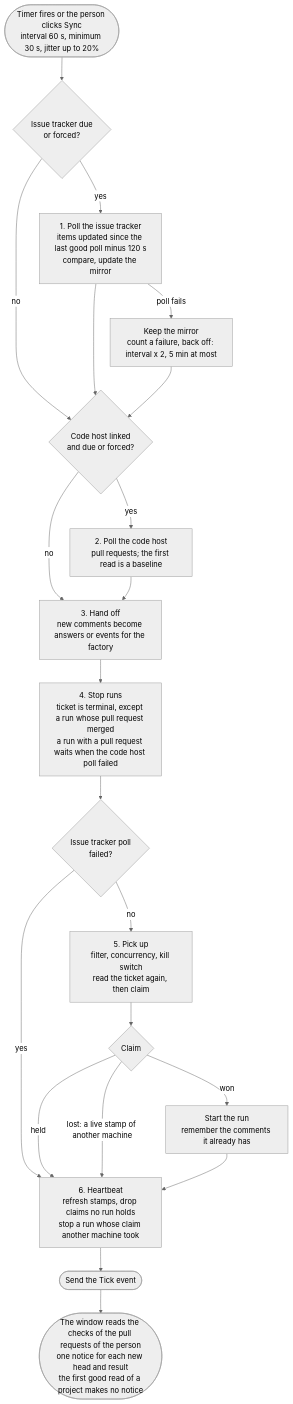
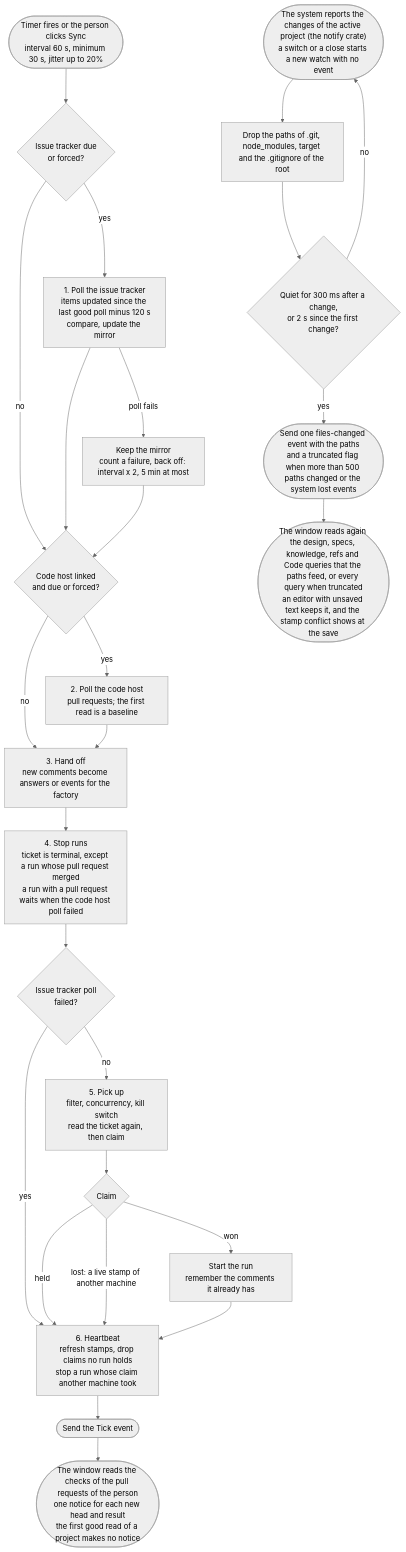
Before and after one commit to me-cedric/Shipyard: the diagram in docs/diagrams/sync-tick.mmd, drawn with Mermaid (neutral theme). The commit also changed 236 other files, not shown here.

```diff
--- a/docs/diagrams/sync-tick.mmd
+++ b/docs/diagrams/sync-tick.mmd
@@ -1,23 +1,31 @@
 flowchart TD
   %% Source: crates/shipyard-engine/src/tick.rs, Engine::tick.
   Start(["Timer fires or the person clicks Sync<br/>interval 60 s, minimum 30 s, jitter up to 20%"])
   Start --> T{"Issue tracker due<br/>or forced?"}
   T -->|yes| PT["1. Poll the issue tracker<br/>items updated since the last good poll minus 120 s<br/>compare, update the mirror"]
   T -->|no| F
   PT -->|"poll fails"| BO["Keep the mirror<br/>count a failure, back off: interval x 2, 5 min at most"]
   PT --> F{"Code host linked<br/>and due or forced?"}
   BO --> F
   F -->|yes| PF["2. Poll the code host<br/>pull requests; the first read is a baseline"]
   F -->|no| D
   PF --> D["3. Hand off<br/>new comments become answers or events for the factory"]
   D --> S["4. Stop runs<br/>ticket is terminal, except a run whose pull request merged<br/>a run with a pull request waits when the code host poll failed"]
   S --> P{"Issue tracker poll<br/>failed?"}
   P -->|yes| H
   P -->|no| PU["5. Pick up<br/>filter, concurrency, kill switch<br/>read the ticket again, then claim"]
   PU --> C{"Claim"}
   C -->|"won"| R["Start the run<br/>remember the comments it already has"]
   C -->|"held"| H
   C -->|"lost: a live stamp of another machine"| H
   R --> H["6. Heartbeat<br/>refresh stamps, drop claims no run holds<br/>stop a run whose claim another machine took"]
   H --> E(["Send the Tick event"])
   E --> N(["The window reads the checks of the pull requests of the person<br/>one notice for each new head and result<br/>the first good read of a project makes no notice"])
+
+  %% The file watcher is separate from the tick (crates/shipyard-app/src/watch.rs, Watcher::step).
+  W0(["The system reports the changes of the active project (the notify crate)<br/>a switch or a close starts a new watch with no event"])
+  W0 --> W1["Drop the paths of .git, node_modules, target and the .gitignore of the root"]
+  W1 --> W2{"Quiet for 300 ms after a change,<br/>or 2 s since the first change?"}
+  W2 -->|no| W0
+  W2 -->|yes| W3(["Send one files-changed event with the paths<br/>and a truncated flag when more than 500 paths changed or the system lost events"])
+  W3 --> W4(["The window reads again the design, specs, knowledge, refs and Code queries that the paths feed, or every query when truncated<br/>an editor with unsaved text keeps it, and the stamp conflict shows at the save"])
```
